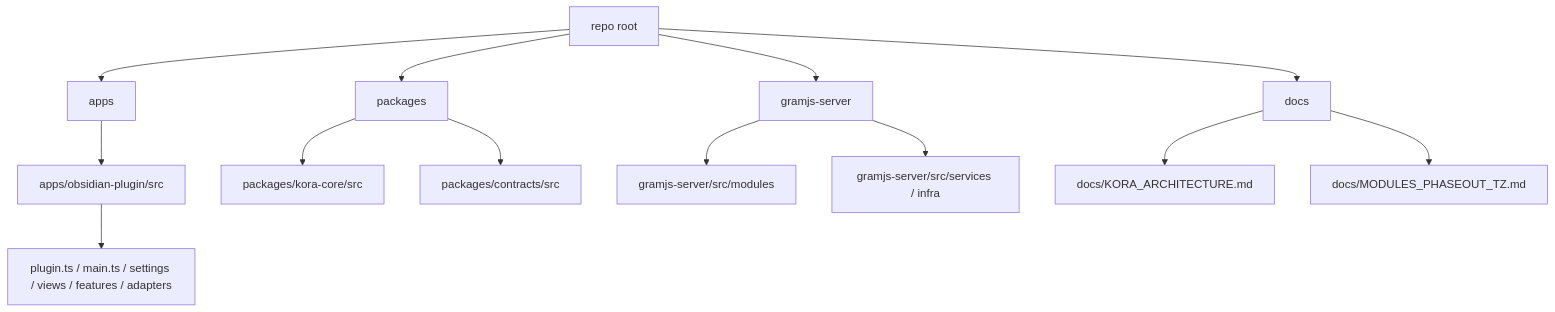
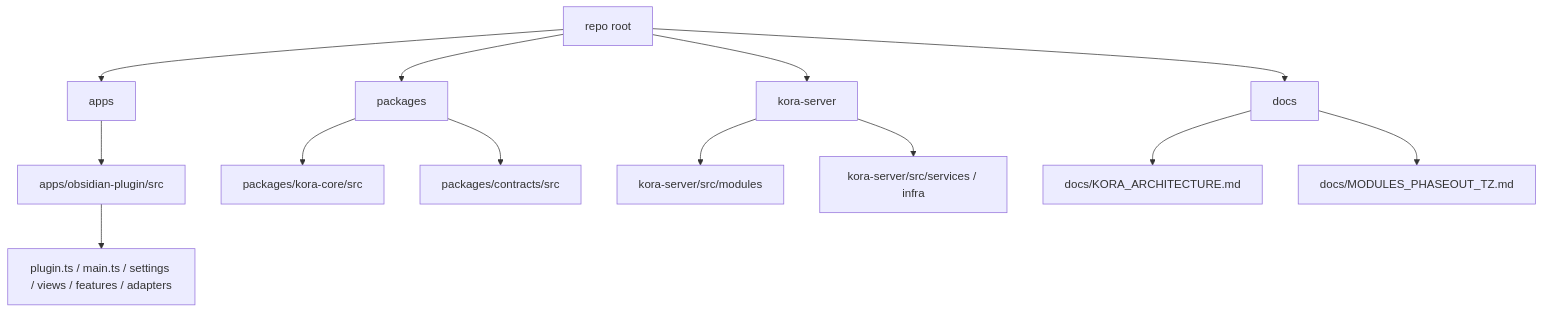
The diagram in docs/MODULES_PHASEOUT_TZ.md (KoraReinolds/obsidian-kora), drawn with Mermaid before and after one commit. The commit also changed other lines of this file and 99 other files, not shown here.

Commit message:
Rename `gramjs-server` to `kora-server` throughout the codebase, update related configurations, and adjust documentation accordingly. This change reflects the architectural shift and rebranding of the server component.

````diff
--- a/docs/MODULES_PHASEOUT_TZ.md
+++ b/docs/MODULES_PHASEOUT_TZ.md
@@ -51,21 +51,21 @@
 ```mermaid
 flowchart TB
     Root["repo root"]
 
     Root --> Apps["apps"]
     Root --> Packages["packages"]
-    Root --> Server["gramjs-server"]
+    Root --> Server["kora-server"]
     Root --> Docs["docs"]
 
     Apps --> PluginApp["apps/obsidian-plugin/src"]
     PluginApp --> PluginCore["plugin.ts / main.ts / settings / views / features / adapters"]
 
     Packages --> CorePkg["packages/kora-core/src"]
     Packages --> ContractsPkg["packages/contracts/src"]
 
-    Server --> ServerModules["gramjs-server/src/modules"]
-    Server --> ServerInfra["gramjs-server/src/services / infra"]
+    Server --> ServerModules["kora-server/src/modules"]
+    Server --> ServerInfra["kora-server/src/services / infra"]
 
     Docs --> Architecture["docs/KORA_ARCHITECTURE.md"]
     Docs --> TZ["docs/MODULES_PHASEOUT_TZ.md"]
 ```
````
